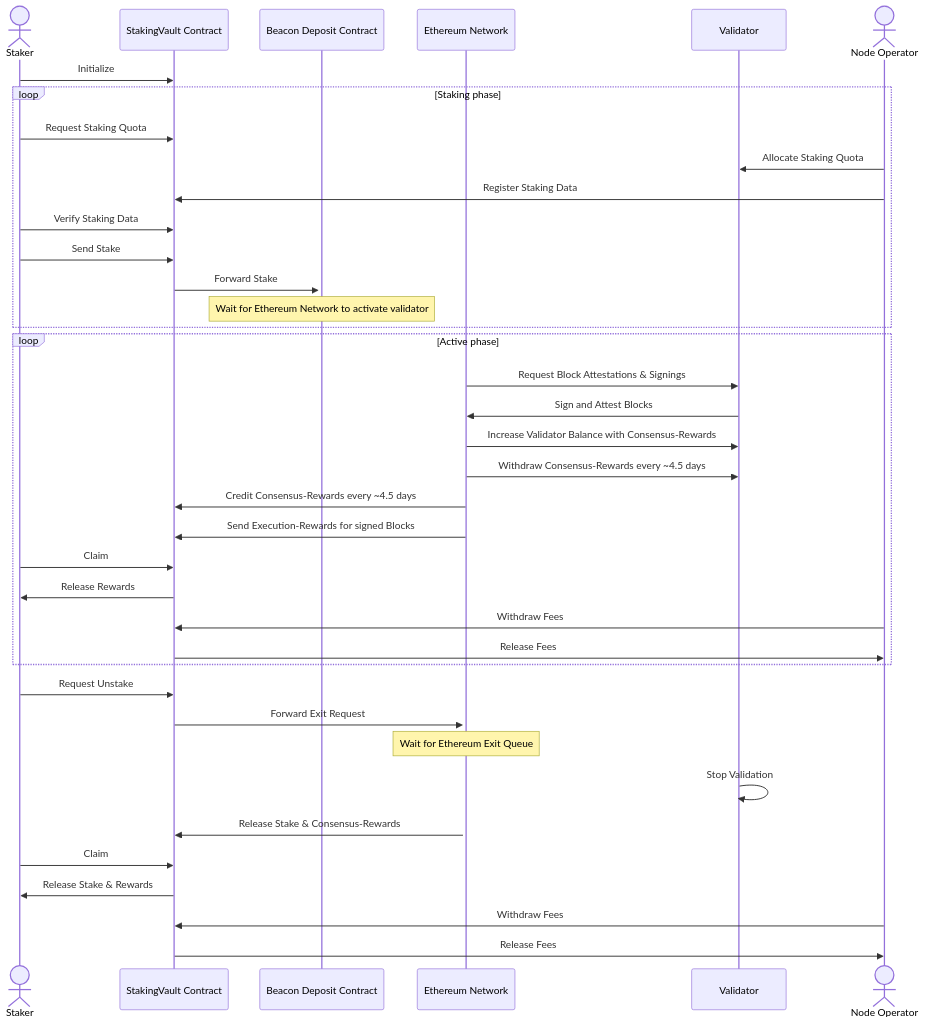
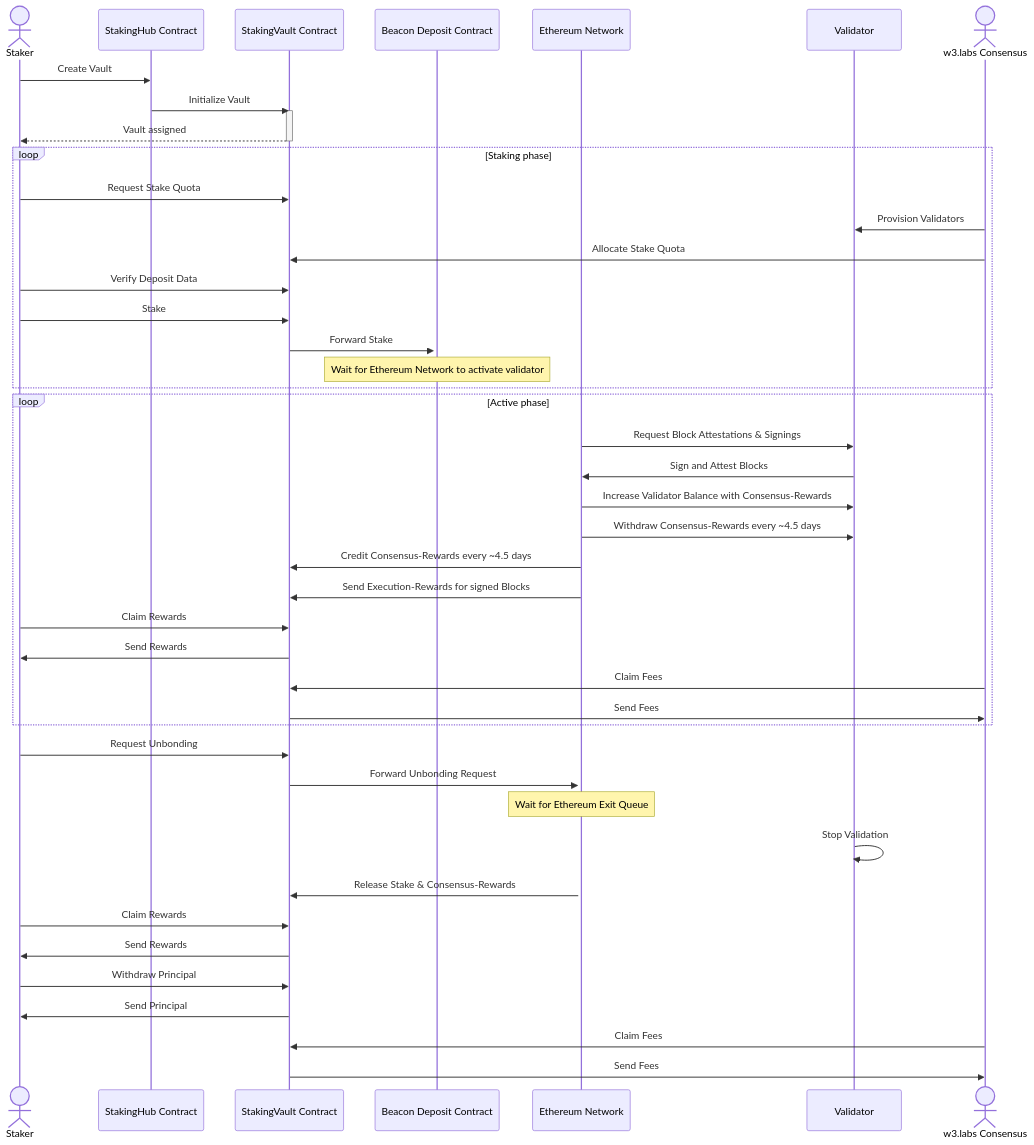
Before and after one commit to w3labsxyz/ethereum-staking-contracts: the diagram in README.md, drawn with Mermaid. The commit also changed other lines of this file and 24 other files, not shown here.

````diff
--- a/README.md
+++ b/README.md
@@ -488,52 +29,59 @@
 ```mermaid
 sequenceDiagram
     actor Staker
+    participant StakingHub Contract
     participant StakingVault Contract
     participant Beacon Deposit Contract
     participant Ethereum Network
     participant Validator
-    actor Node Operator
+    actor w3.labs Consensus
 
-    Staker->>StakingVault Contract: Initialize
+    Staker->>StakingHub Contract: Create Vault
+    StakingHub Contract->>StakingVault Contract: Initialize Vault
+    activate StakingVault Contract
+    StakingVault Contract-->>Staker: Vault assigned
+    deactivate StakingVault Contract
 
     loop Staking phase
-        Staker->>StakingVault Contract: Request Staking Quota
-        Node Operator->>Validator: Allocate Staking Quota
-        Node Operator->>StakingVault Contract: Register Staking Data
+        Staker->>StakingVault Contract: Request Stake Quota
+        w3.labs Consensus->>Validator: Provision Validators
+        w3.labs Consensus->>StakingVault Contract: Allocate Stake Quota
 
-        Staker->>StakingVault Contract: Verify Staking Data
-        Staker->>StakingVault Contract: Send Stake
+        Staker->>StakingVault Contract: Verify Deposit Data
+        Staker->>StakingVault Contract: Stake
         StakingVault Contract->>+Beacon Deposit Contract: Forward Stake
         Note over Beacon Deposit Contract: Wait for Ethereum Network to activate validator
 	end
 
     loop Active phase
         Ethereum Network->>Validator: Request Block Attestations & Signings
         Validator->>Ethereum Network: Sign and Attest Blocks
         Ethereum Network->>Validator: Increase Validator Balance with Consensus-Rewards
         Ethereum Network->>Validator: Withdraw Consensus-Rewards every ~4.5 days
         Ethereum Network->>StakingVault Contract: Credit Consensus-Rewards every ~4.5 days
 		Ethereum Network->>StakingVault Contract: Send Execution-Rewards for signed Blocks
 
-		Staker->>StakingVault Contract: Claim
-		StakingVault Contract->>Staker: Release Rewards
+		Staker->>StakingVault Contract: Claim Rewards
+		StakingVault Contract->>Staker: Send Rewards
 
-		Node Operator->>StakingVault Contract: Withdraw Fees
-		StakingVault Contract->>Node Operator: Release Fees
+		w3.labs Consensus->>StakingVault Contract: Claim Fees
+		StakingVault Contract->>w3.labs Consensus: Send Fees
 	end
 
-    Staker->>StakingVault Contract: Request Unstake
-    StakingVault Contract->>+Ethereum Network: Forward Exit Request
+    Staker->>StakingVault Contract: Request Unbonding
+    StakingVault Contract->>+Ethereum Network: Forward Unbonding Request
 
     Note over Ethereum Network: Wait for Ethereum Exit Queue
 
     Validator->>Validator: Stop Validation
 
     Ethereum Network->>StakingVault Contract: Release Stake & Consensus-Rewards
 
-    Staker->>StakingVault Contract: Claim
-    StakingVault Contract->>Staker: Release Stake & Rewards
+    Staker->>StakingVault Contract: Claim Rewards
+    StakingVault Contract->>Staker: Send Rewards
+    Staker->>StakingVault Contract: Withdraw Principal
+    StakingVault Contract->>Staker: Send Principal
 
-    Node Operator->>StakingVault Contract: Withdraw Fees
-    StakingVault Contract->>Node Operator: Release Fees
+    w3.labs Consensus->>StakingVault Contract: Claim Fees
+    StakingVault Contract->>w3.labs Consensus: Send Fees
 ```
````
